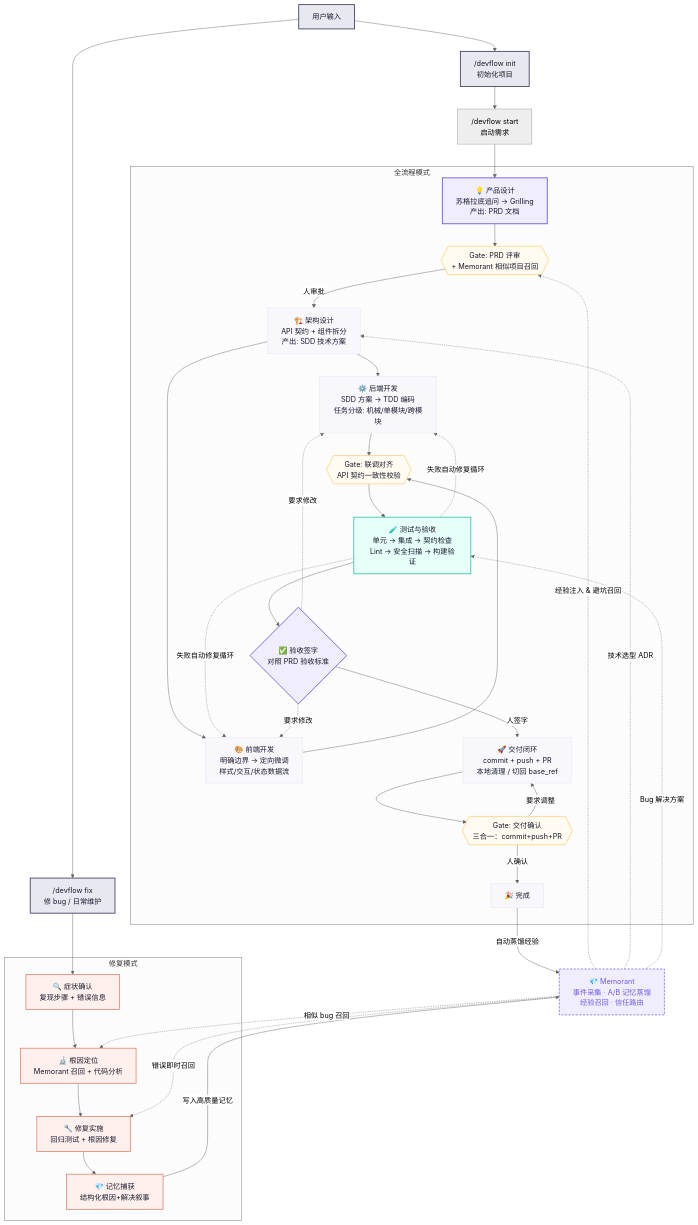
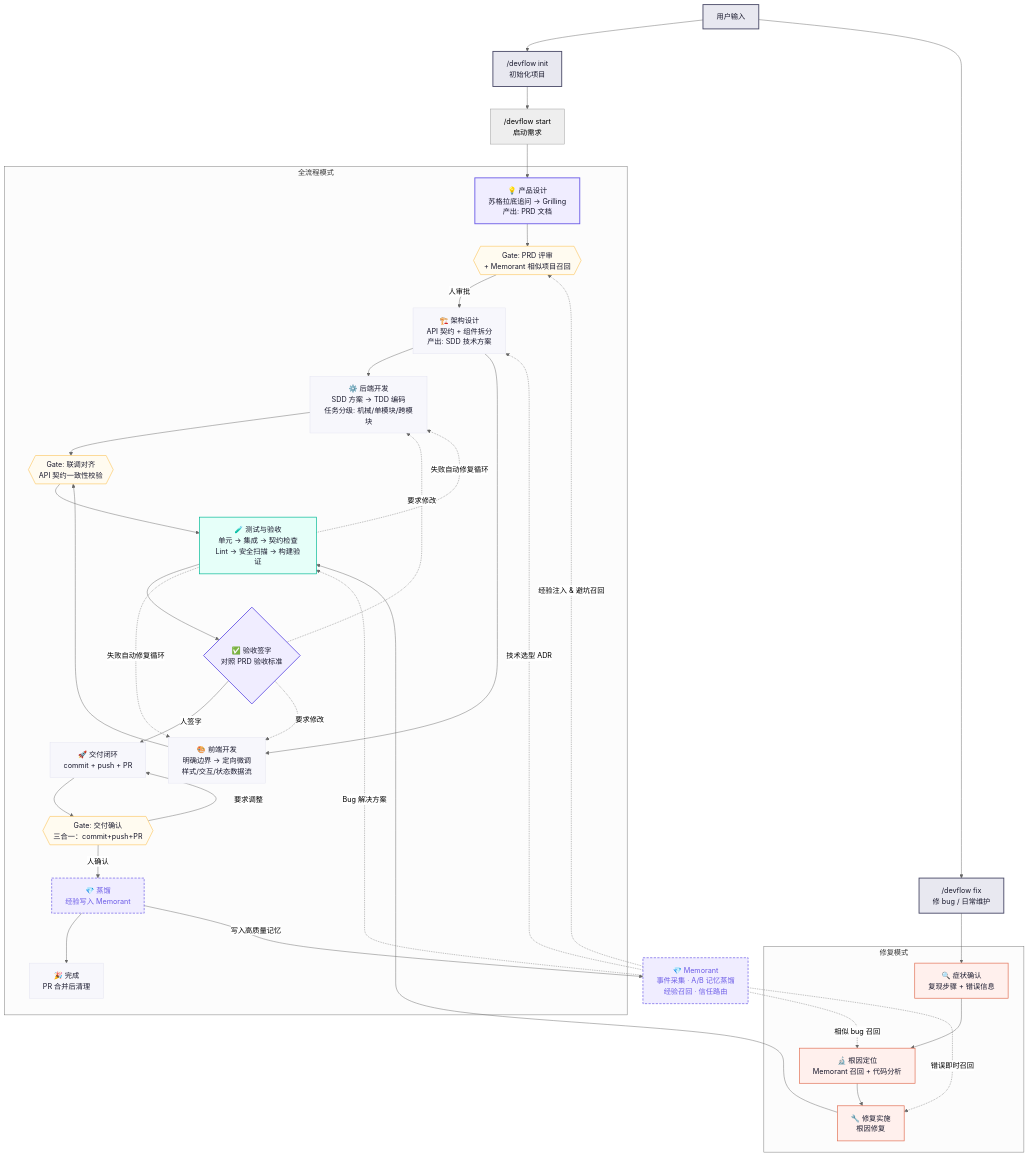
One commit to starme/devflow changed the diagram in docs/workflow.md. Above: the diagram before and after it, drawn with Mermaid (neutral theme). The commit also changed other lines of this file and 41 other files, not shown here.

````diff
--- a/docs/workflow.md
+++ b/docs/workflow.md
@@ -7,78 +7,79 @@
 ```mermaid
 flowchart TD
     START["用户输入"]
 
     START --> NEW["/devflow init<br/>初始化项目"]
     NEW --> STARTFEATURE["/devflow start<br/>启动需求"]
     START --> FIX["/devflow fix<br/>修 bug / 日常维护"]
 
     subgraph full["全流程模式"]
         P1["💡 产品设计<br/>苏格拉底追问 → Grilling<br/>产出: PRD 文档"]
         G1{{"Gate: PRD 评审<br/>+ Memorant 相似项目召回"}}
         ARCH["🏗️ 架构设计<br/>API 契约 + 组件拆分<br/>产出: SDD 技术方案"]
 
         P2["⚙️ 后端开发<br/>SDD 方案 → TDD 编码<br/>任务分级: 机械/单模块/跨模块"]
         G2{{"Gate: 联调对齐<br/>API 契约一致性校验"}}
         P3["🎨 前端开发<br/>明确边界 → 定向微调<br/>样式/交互/状态数据流"]
 
         TEST["🧪 测试与验收<br/>单元 → 集成 → 契约检查<br/>Lint → 安全扫描 → 构建验证"]
         ACCEPT{"✅ 验收签字<br/>对照 PRD 验收标准"}
-        DELIVERY["🚀 交付闭环<br/>commit + push + PR<br/>本地清理 / 切回 base_ref"]
+        DELIVERY["🚀 交付闭环<br/>commit + push + PR"]
         GD{{"Gate: 交付确认<br/>三合一：commit+push+PR"}}
-        DONE["🎉 完成"]
+        DISTILL["💎 蒸馏<br/>经验写入 Memorant"]
+        DONE["🎉 完成<br/>PR 合并后清理"]
     end
 
     subgraph fixmode["修复模式"]
         F1["🔍 症状确认<br/>复现步骤 + 错误信息"]
         F2["🔬 根因定位<br/>Memorant 召回 + 代码分析"]
-        F3["🔧 修复实施<br/>回归测试 + 根因修复"]
-        F4["💎 记忆捕获<br/>结构化根因+解决叙事"]
+        F3["🔧 修复实施<br/>根因修复"]
     end
 
     MEM["💎 Memorant<br/>事件采集 · A/B 记忆蒸馏<br/>经验召回 · 信任路由"]
 
     STARTFEATURE --> P1
     P1 --> G1
     G1 -->|人审批| ARCH
     ARCH --> P2
     ARCH --> P3
     P2 --> G2
     P3 --> G2
     G2 --> TEST
     TEST --> ACCEPT
     ACCEPT -->|人签字| DELIVERY
     DELIVERY --> GD
-    GD -->|人确认| DONE
+    GD -->|人确认| DISTILL
+    DISTILL --> DONE
     GD -->|要求调整| DELIVERY
 
-    FIX --> F1 --> F2 --> F3 --> F4
+    FIX --> F1 --> F2 --> F3
+    F3 --> TEST
 
     TEST -.->|失败自动修复循环| P2
     TEST -.->|失败自动修复循环| P3
     ACCEPT -.->|要求修改| P2
     ACCEPT -.->|要求修改| P3
 
-    DONE -->|自动蒸馏经验| MEM
-    F4 -->|写入高质量记忆| MEM
+    DISTILL -->|写入高质量记忆| MEM
     MEM -.->|经验注入 & 避坑召回| G1
     MEM -.->|技术选型 ADR| ARCH
     MEM -.->|Bug 解决方案| TEST
     MEM -.->|相似 bug 召回| F2
     MEM -.->|错误即时召回| F3
 
     classDef human fill:#f0edff,stroke:#6c5ce7,stroke-width:2px,color:#1a1a2e
     classDef auto fill:#f7f7fc,stroke:#e2e2f0,stroke-width:1px,color:#1a1a2e
     classDef gate fill:#fffbf0,stroke:#fdcb6e,stroke-width:1.5px,color:#1a1a2e
     classDef test fill:#e6fff9,stroke:#00b894,stroke-width:1.5px,color:#1a1a2e
     classDef fix fill:#fff0ed,stroke:#e17055,stroke-width:1.5px,color:#1a1a2e
     classDef memorant fill:#f0edff,stroke:#6c5ce7,stroke-width:1.5px,stroke-dasharray:5 3,color:#6c5ce7
     classDef entry fill:#e8e8f0,stroke:#4a4a68,stroke-width:2px,color:#1a1a2e
 
     class START,NEW,FIX entry
     class P1,ACCEPT human
     class ARCH,P2,P3,DELIVERY,DONE auto
     class G1,G2,GD gate
     class TEST test
-    class F1,F2,F3,F4 fix
-    class MEM memorant
+    class F1,F2,F3 fix
+    class DISTILL,MEM memorant
 ```
````
